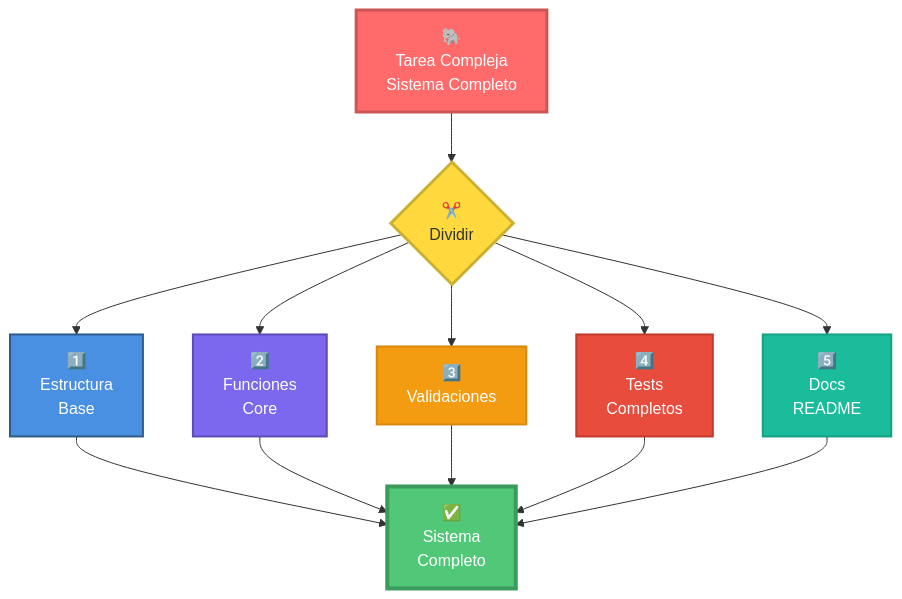
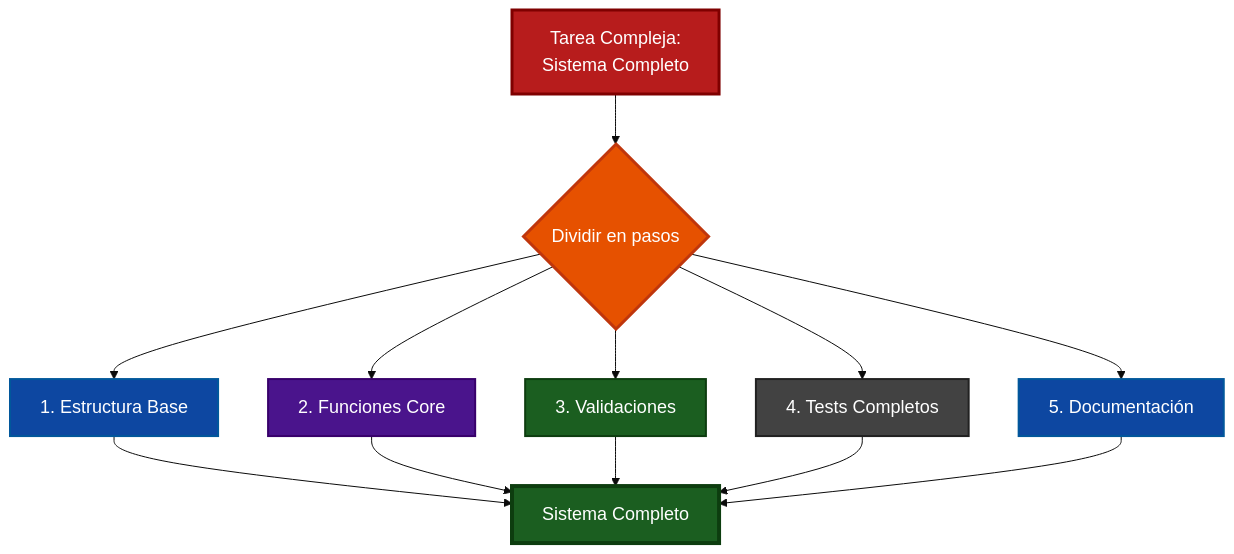
The ninth of 18 diagrams in courses/🟡-development/FPUNA-2026/00-FUNDAMENTOS-PRINCIPALES/03-ingenieria-prompts.md (Ai-Whisperers/Courses-Content), drawn with Mermaid before and after one commit. The commit also changed other lines of this file and 47 other files, not shown here.

First line of the commit message:
fix: Make all 473 diagrams WCAG AAA accessible (FPUNA-2026)

````diff
--- a/courses/🟡-development/FPUNA-2026/00-FUNDAMENTOS-PRINCIPALES/03-ingenieria-prompts.md
+++ b/courses/🟡-development/FPUNA-2026/00-FUNDAMENTOS-PRINCIPALES/03-ingenieria-prompts.md
@@ -536,25 +544,26 @@
 ```mermaid
+%%{init: {'theme':'base', 'themeVariables': {'fontSize':'18px'}}}%%
 flowchart TD
-    A["🐘<br/>Tarea Compleja<br/>Sistema Completo"] --> B{"✂️<br/>Dividir"}
+    A["Tarea Compleja:<br>Sistema Completo"] --> B{"Dividir en pasos"}
     
-    B --> C["1️⃣<br/>Estructura<br/>Base"]
-    B --> D["2️⃣<br/>Funciones<br/>Core"]
-    B --> E["3️⃣<br/>Validaciones"]
-    B --> F["4️⃣<br/>Tests<br/>Completos"]
-    B --> G["5️⃣<br/>Docs<br/>README"]
+    B --> C["1. Estructura Base"]
+    B --> D["2. Funciones Core"]
+    B --> E["3. Validaciones"]
+    B --> F["4. Tests Completos"]
+    B --> G["5. Documentación"]
     
-    C --> H["✅<br/>Sistema<br/>Completo"]
+    C --> H["Sistema Completo"]
     D --> H
     E --> H
     F --> H
     G --> H
     
-    style A fill:#FF6B6B,stroke:#CC5555,stroke-width:3px,color:#fff
-    style B fill:#FFD93D,stroke:#CCB031,stroke-width:3px,color:#333
-    style C fill:#4A90E2,stroke:#2E5C8A,stroke-width:2px,color:#fff
-    style D fill:#7B68EE,stroke:#5A4BB5,stroke-width:2px,color:#fff
-    style E fill:#F39C12,stroke:#D68910,stroke-width:2px,color:#fff
-    style F fill:#E74C3C,stroke:#C0392B,stroke-width:2px,color:#fff
-    style G fill:#1ABC9C,stroke:#16A085,stroke-width:2px,color:#fff
-    style H fill:#50C878,stroke:#3A9B5C,stroke-width:4px,color:#fff
+    style A fill:#b71c1c,stroke:#7f0000,stroke-width:3px,color:#fff
+    style B fill:#e65100,stroke:#bf360c,stroke-width:3px,color:#fff
+    style C fill:#0d47a1,stroke:#01579b,stroke-width:2px,color:#fff
+    style D fill:#4a148c,stroke:#38006b,stroke-width:2px,color:#fff
+    style E fill:#1b5e20,stroke:#0d3d0f,stroke-width:2px,color:#fff
+    style F fill:#424242,stroke:#212121,stroke-width:2px,color:#fff
+    style G fill:#0d47a1,stroke:#01579b,stroke-width:2px,color:#fff
+    style H fill:#1b5e20,stroke:#0d3d0f,stroke-width:4px,color:#fff
 ```
````
